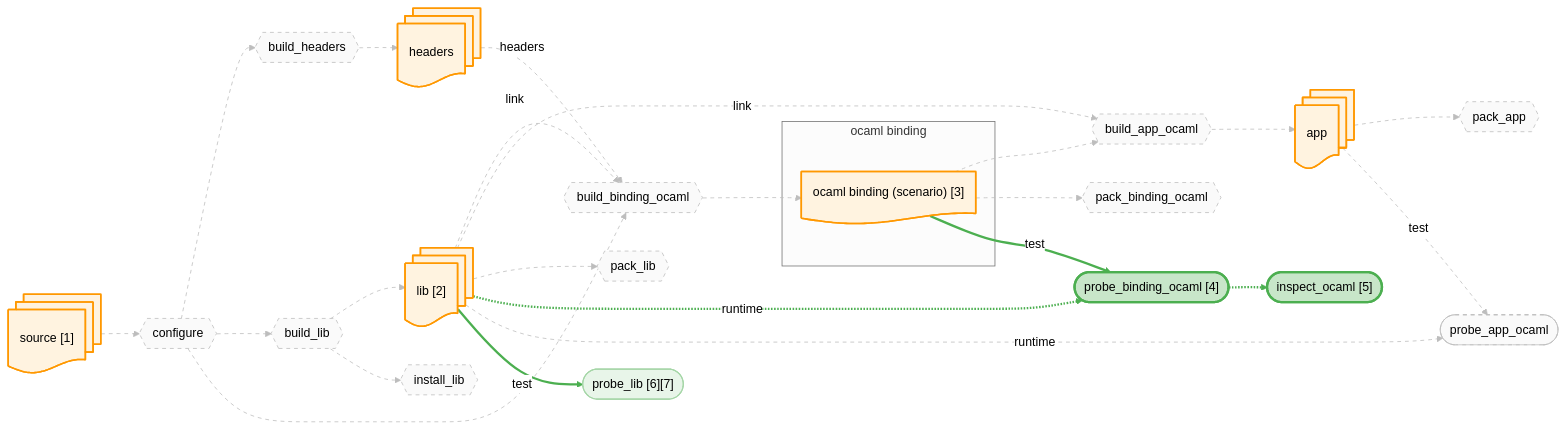
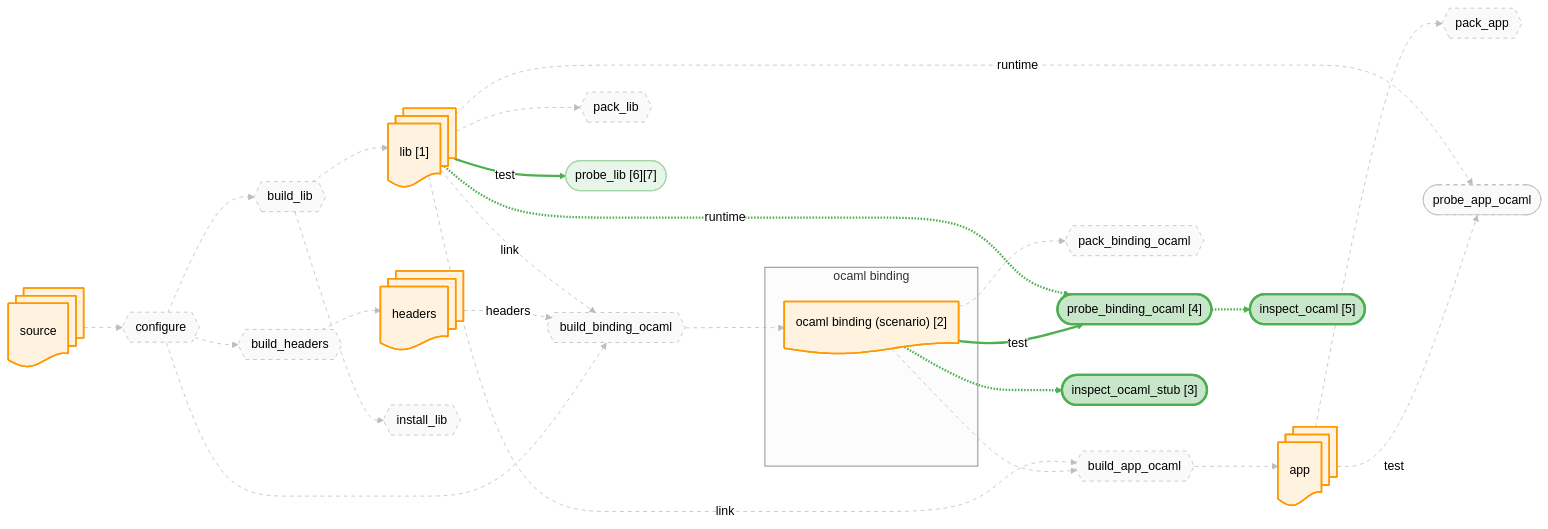
Before and after one commit to JHU-PL-Lab/tola: the diagram in docs/canary/projects/libffi/-run/diagrams/binding_ocaml.mmd, drawn with Mermaid (neutral theme). The commit also changed 129 other files, not shown here.

```diff
--- a/docs/canary/projects/libffi/-run/diagrams/binding_ocaml.mmd
+++ b/docs/canary/projects/libffi/-run/diagrams/binding_ocaml.mmd
@@ -1,91 +1,95 @@
 %% view: binding_ocaml
 graph LR
-    source_node@{ shape: docs, label: "source [1]" }
+    source_node@{ shape: docs, label: "source" }
     headers_node@{ shape: docs, label: "headers" }
-    lib_node@{ shape: docs, label: "lib [2]" }
+    lib_node@{ shape: docs, label: "lib [1]" }
     app_node@{ shape: docs, label: "app" }
     subgraph ocaml_binding_sg ["ocaml binding"]
-      ocaml_binding_fetch_node@{ shape: doc, label: "ocaml binding (scenario) [3]" }
+      ocaml_binding_fetch_node@{ shape: doc, label: "ocaml binding (scenario) [2]" }
     end
 
     A_configure{{"configure"}}
     A_build_headers{{"build_headers"}}
     A_build_lib{{"build_lib"}}
     A_build_binding_ocaml{{"build_binding_ocaml"}}
     A_build_app_ocaml{{"build_app_ocaml"}}
     A_install_lib{{"install_lib"}}
     A_pack_binding_ocaml{{"pack_binding_ocaml"}}
     A_pack_lib{{"pack_lib"}}
     A_pack_app{{"pack_app"}}
     A_probe_binding_ocaml(["probe_binding_ocaml [4]"])
     A_probe_app_ocaml(["probe_app_ocaml"])
     A_probe_lib(["probe_lib [6][7]"])
+    A_fetch_binding_ocaml_stub_inspect(["inspect_ocaml_stub [3]"])
     A_probe_binding_ocaml_inspect(["inspect_ocaml [5]"])
 
     source_node --> A_configure
     A_configure --> A_build_headers
     A_build_headers --> headers_node
     A_configure --> A_build_lib
     A_build_lib --> lib_node
     A_configure --> A_build_binding_ocaml
     headers_node -.->|headers| A_build_binding_ocaml
     lib_node -.->|link| A_build_binding_ocaml
     A_build_binding_ocaml --> ocaml_binding_fetch_node
     ocaml_binding_fetch_node --> A_build_app_ocaml
     lib_node -.->|link| A_build_app_ocaml
     A_build_app_ocaml --> app_node
     A_build_lib --> A_install_lib
     ocaml_binding_fetch_node --> A_pack_binding_ocaml
     lib_node --> A_pack_lib
     app_node --> A_pack_app
     ocaml_binding_fetch_node -->|test| A_probe_binding_ocaml
     lib_node -.->|runtime| A_probe_binding_ocaml
     app_node -->|test| A_probe_app_ocaml
     lib_node -.->|runtime| A_probe_app_ocaml
     lib_node -->|test| A_probe_lib
+    ocaml_binding_fetch_node -.-> A_fetch_binding_ocaml_stub_inspect
     A_probe_binding_ocaml -.-> A_probe_binding_ocaml_inspect
 
     classDef artifact fill:#fff3e0,stroke:#ff9800,stroke-width:2px
     classDef action fill:#f3e5f5,stroke:#9c27b0,stroke-width:2px
     classDef st_done fill:#c8e6c9,stroke:#4caf50,stroke-width:3px
     classDef st_done_ctx fill:#e8f5e9,stroke:#a5d6a7,stroke-width:1.5px
     classDef st_expected_fail fill:#fff9c4,stroke:#f9a825,stroke-width:2px
     classDef st_failed fill:#ffcdd2,stroke:#c62828,stroke-width:2px
     classDef st_skipped fill:#f5f5f5,stroke:#9e9e9e,stroke-dasharray:5
     classDef st_nospec fill:#fafafa,stroke:#bdbdbd,stroke-dasharray:5
     class source_node,headers_node,lib_node,app_node,ocaml_binding_fetch_node artifact
     class A_configure st_nospec
     class A_build_headers st_nospec
     class A_build_lib st_nospec
     class A_build_binding_ocaml st_nospec
     class A_build_app_ocaml st_nospec
     class A_install_lib st_nospec
     class A_pack_binding_ocaml st_nospec
     class A_pack_lib st_nospec
     class A_pack_app st_nospec
     class A_probe_binding_ocaml st_done
     class A_probe_app_ocaml st_nospec
     class A_probe_lib st_done_ctx
+    class A_fetch_binding_ocaml_stub_inspect st_done
     class A_probe_binding_ocaml_inspect st_done
     linkStyle 0 stroke:#bdbdbd,stroke-width:1px,stroke-dasharray:5
     linkStyle 1 stroke:#bdbdbd,stroke-width:1px,stroke-dasharray:5
     linkStyle 2 stroke:#bdbdbd,stroke-width:1px,stroke-dasharray:5
     linkStyle 3 stroke:#bdbdbd,stroke-width:1px,stroke-dasharray:5
     linkStyle 4 stroke:#bdbdbd,stroke-width:1px,stroke-dasharray:5
     linkStyle 5 stroke:#bdbdbd,stroke-width:1px,stroke-dasharray:5
     linkStyle 6 stroke:#bdbdbd,stroke-width:1px,stroke-dasharray:5
     linkStyle 7 stroke:#bdbdbd,stroke-width:1px,stroke-dasharray:5
     linkStyle 8 stroke:#bdbdbd,stroke-width:1px,stroke-dasharray:5
     linkStyle 9 stroke:#bdbdbd,stroke-width:1px,stroke-dasharray:5
     linkStyle 10 stroke:#bdbdbd,stroke-width:1px,stroke-dasharray:5
     linkStyle 11 stroke:#bdbdbd,stroke-width:1px,stroke-dasharray:5
     linkStyle 12 stroke:#bdbdbd,stroke-width:1px,stroke-dasharray:5
     linkStyle 13 stroke:#bdbdbd,stroke-width:1px,stroke-dasharray:5
     linkStyle 14 stroke:#bdbdbd,stroke-width:1px,stroke-dasharray:5
     linkStyle 15 stroke:#bdbdbd,stroke-width:1px,stroke-dasharray:5
     linkStyle 16 stroke:#4caf50,stroke-width:3px
     linkStyle 17 stroke:#4caf50,stroke-width:3px
     linkStyle 18 stroke:#bdbdbd,stroke-width:1px,stroke-dasharray:5
     linkStyle 19 stroke:#bdbdbd,stroke-width:1px,stroke-dasharray:5
     linkStyle 20 stroke:#4caf50,stroke-width:3px
     linkStyle 21 stroke:#4caf50,stroke-width:3px
+    linkStyle 22 stroke:#4caf50,stroke-width:3px
```
